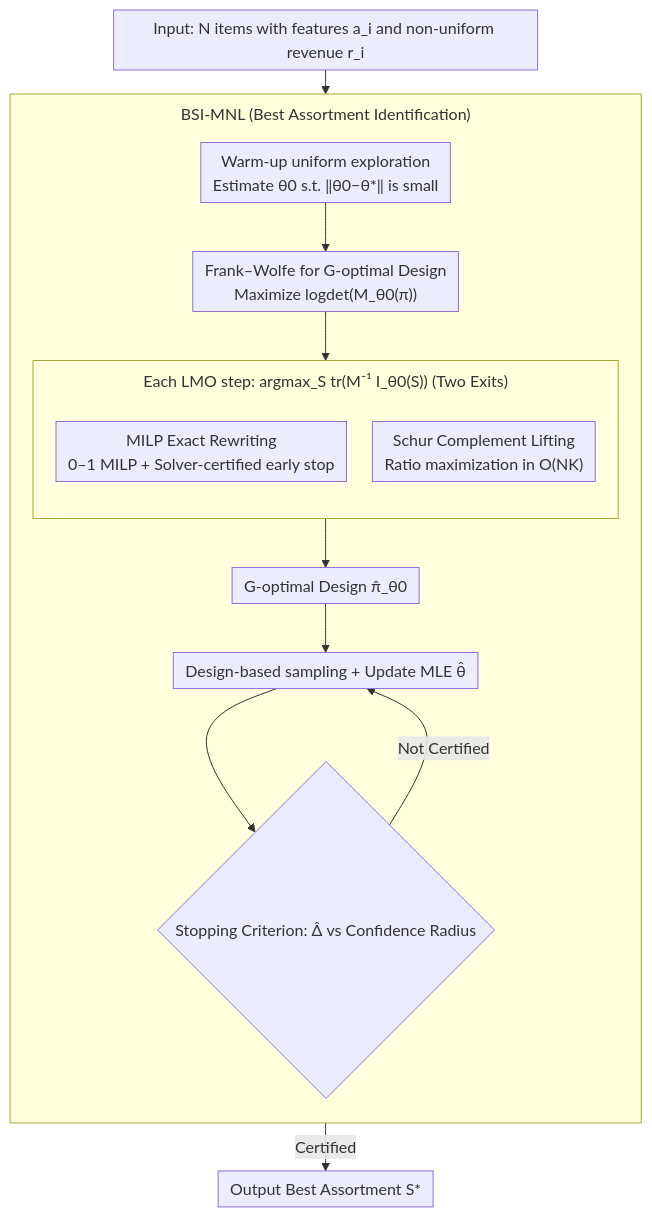
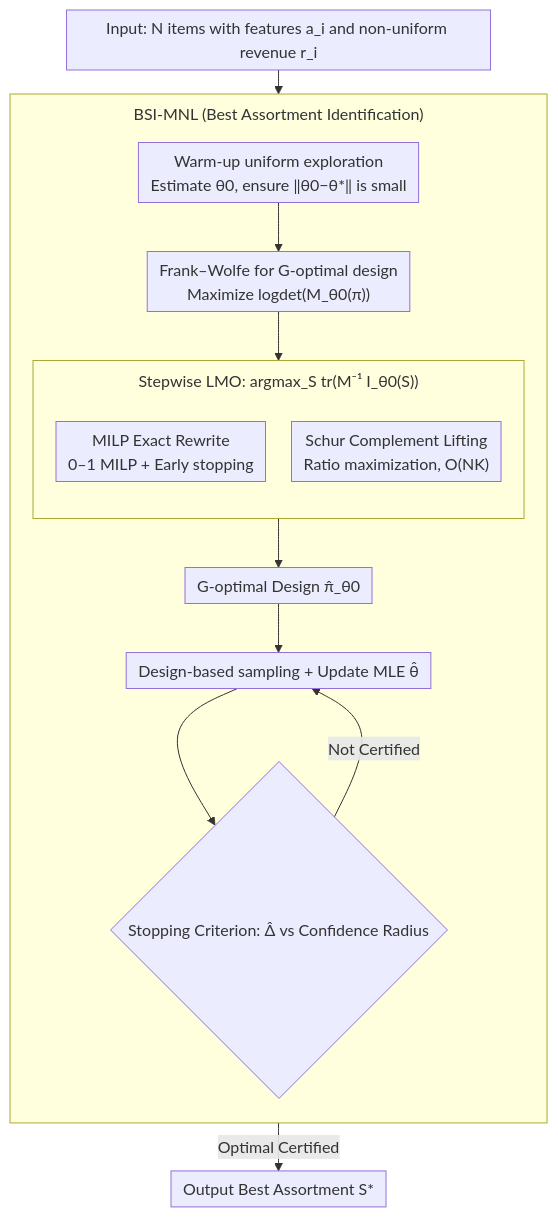
The diagram in docs/ICML2026/learning_theory/optimal_design_for_multinomial_logit_model_with_applications_to_best_assortment_.md (zhaoyang97/Paper-Notes-en), drawn with Mermaid before and after one commit. The commit also changed other lines of this file and 5084 other files, not shown here.

````diff
--- a/docs/ICML2026/learning_theory/optimal_design_for_multinomial_logit_model_with_applications_to_best_assortment_.md
+++ b/docs/ICML2026/learning_theory/optimal_design_for_multinomial_logit_model_with_applications_to_best_assortment_.md
@@ -46,20 +46,20 @@
 ```mermaid
 %%{init: {'flowchart': {'rankSpacing': 24, 'nodeSpacing': 26, 'padding': 6, 'wrappingWidth': 400, 'subGraphTitleMargin': {'top': 8, 'bottom': 16}}}}%%
 flowchart TD
     A["Input: N items with features a_i and non-uniform revenue r_i"] --> B
     subgraph BSI["BSI-MNL (Best Assortment Identification)"]
         direction TB
-        B["Warm-up uniform exploration<br/>Estimate θ0 s.t. ‖θ0−θ*‖ is small"] --> C["Frank–Wolfe for G-optimal Design<br/>Maximize logdet(M_θ0(π))"]
+        B["Warm-up uniform exploration<br/>Estimate θ0, ensure ‖θ0−θ*‖ is small"] --> C["Frank–Wolfe for G-optimal design<br/>Maximize logdet(M_θ0(π))"]
         C --> LMO
-        subgraph LMO["Each LMO step: argmax_S tr(M⁻¹ I_θ0(S)) (Two Exits)"]
+        subgraph LMO["Stepwise LMO: argmax_S tr(M⁻¹ I_θ0(S))"]
             direction TB
-            D1["MILP Exact Rewriting<br/>0–1 MILP + Solver-certified early stop"]
-            D2["Schur Complement Lifting<br/>Ratio maximization in O(NK)"]
+            D1["MILP Exact Rewrite<br/>0–1 MILP + Early stopping"]
+            D2["Schur Complement Lifting<br/>Ratio maximization, O(NK)"]
         end
         LMO --> E["G-optimal Design π̂_θ0"]
         E --> F["Design-based sampling + Update MLE θ̂"]
         F --> G{"Stopping Criterion: Δ̂ vs Confidence Radius"}
         G -->|Not Certified| F
     end
-    G -->|Certified| H["Output Best Assortment S*"]
+    G -->|Optimal Certified| H["Output Best Assortment S*"]
 ```
````
